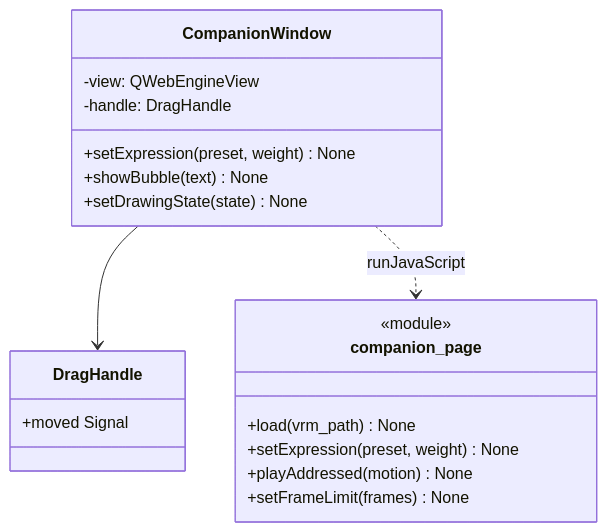
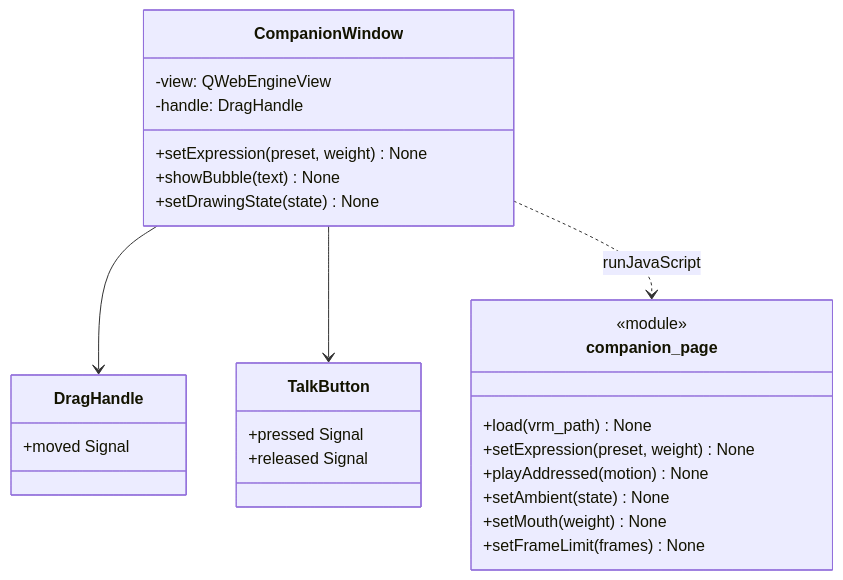
Diagram 30 of 48 in docs/architecture/ARCHITECTURE.md (NguyenVu04/cognia), drawn with Mermaid before and after one commit. The commit also changed other lines of this file and 83 other files, not shown here.

````diff
--- a/docs/architecture/ARCHITECTURE.md
+++ b/docs/architecture/ARCHITECTURE.md
@@ -1801,25 +1968,33 @@
 ```mermaid
 classDiagram
     class CompanionWindow {
         -view: QWebEngineView
         -handle: DragHandle
         +setExpression(preset, weight) None
         +showBubble(text) None
         +setDrawingState(state) None
     }
 
     class DragHandle {
         +moved Signal
     }
 
+    class TalkButton {
+        +pressed Signal
+        +released Signal
+    }
+
     class companion_page {
         <<module>>
         +load(vrm_path) None
         +setExpression(preset, weight) None
         +playAddressed(motion) None
+        +setAmbient(state) None
+        +setMouth(weight) None
         +setFrameLimit(frames) None
     }
 
     CompanionWindow --> DragHandle
+    CompanionWindow --> TalkButton
     CompanionWindow ..> companion_page : runJavaScript
 ```
````
